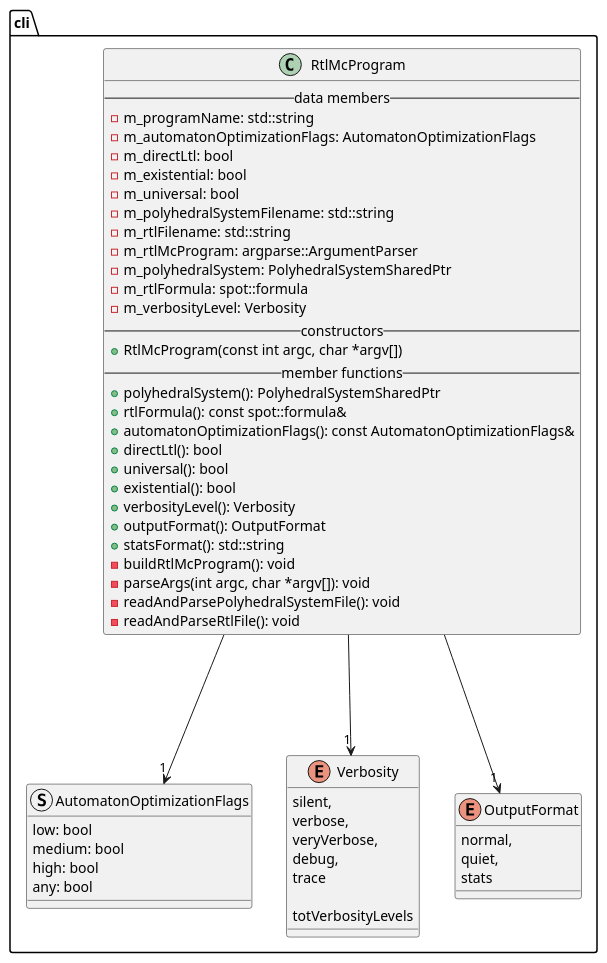
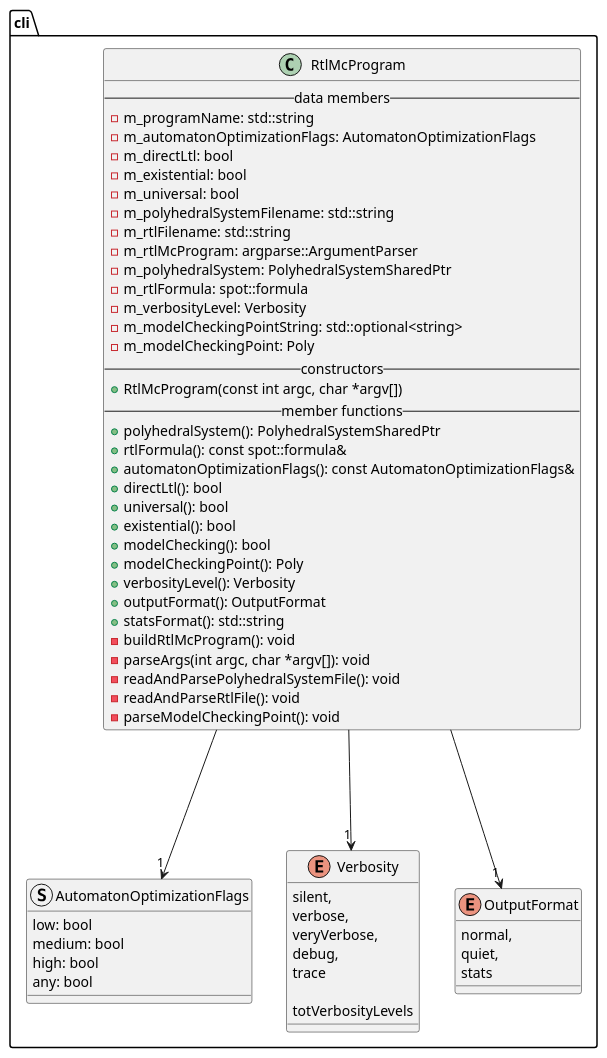
The diagram in docs/plantuml/cli.puml (vtramo/rtl-mc), drawn with PlantUML before and after one commit. The commit also changed 28 other files, not shown here.

First line of the commit message:
feat: add ability to solve model-checking problem

```diff
--- a/docs/plantuml/cli.puml
+++ b/docs/plantuml/cli.puml
@@ -1,63 +1,68 @@
 @startuml
 
 package cli {
     class RtlMcProgram {
         --data members--
         -m_programName: std::string
         -m_automatonOptimizationFlags: AutomatonOptimizationFlags
         -m_directLtl: bool
         -m_existential: bool
         -m_universal: bool
         -m_polyhedralSystemFilename: std::string
         -m_rtlFilename: std::string
         -m_rtlMcProgram: argparse::ArgumentParser
         -m_polyhedralSystem: PolyhedralSystemSharedPtr
         -m_rtlFormula: spot::formula
         -m_verbosityLevel: Verbosity
+        -m_modelCheckingPointString: std::optional<string>
+        -m_modelCheckingPoint: Poly
         --constructors--
         +RtlMcProgram(const int argc, char *argv[])
         --member functions--
         +polyhedralSystem(): PolyhedralSystemSharedPtr
         +rtlFormula(): const spot::formula&
         +automatonOptimizationFlags(): const AutomatonOptimizationFlags&
         +directLtl(): bool
         +universal(): bool
         +existential(): bool
+        +modelChecking(): bool
+        +modelCheckingPoint(): Poly
         +verbosityLevel(): Verbosity
         +outputFormat(): OutputFormat
         +statsFormat(): std::string
         -buildRtlMcProgram(): void
         -parseArgs(int argc, char *argv[]): void
         -readAndParsePolyhedralSystemFile(): void
         -readAndParseRtlFile(): void
+        -parseModelCheckingPoint(): void
     }
 
     struct AutomatonOptimizationFlags {
         low: bool
         medium: bool
         high: bool
         any: bool
     }
 
     enum Verbosity {
         silent,
         verbose,
         veryVerbose,
         debug,
         trace
 
         totVerbosityLevels
     }
 
     enum OutputFormat {
         normal,
         quiet,
         stats
     }
 }
 
 RtlMcProgram ---> "1" AutomatonOptimizationFlags
 RtlMcProgram ---> "1" Verbosity
 RtlMcProgram ---> "1" OutputFormat
 
 @enduml
```
